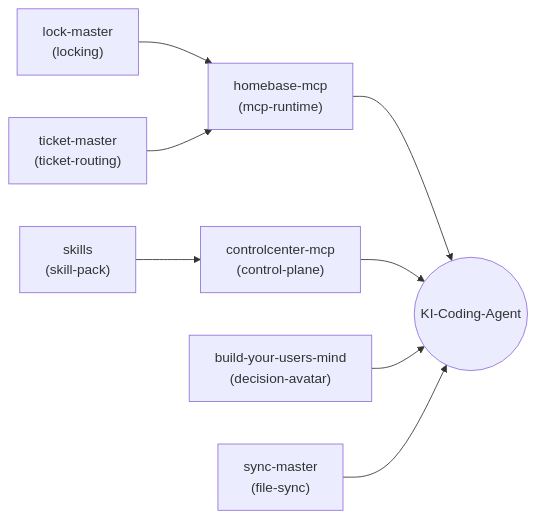
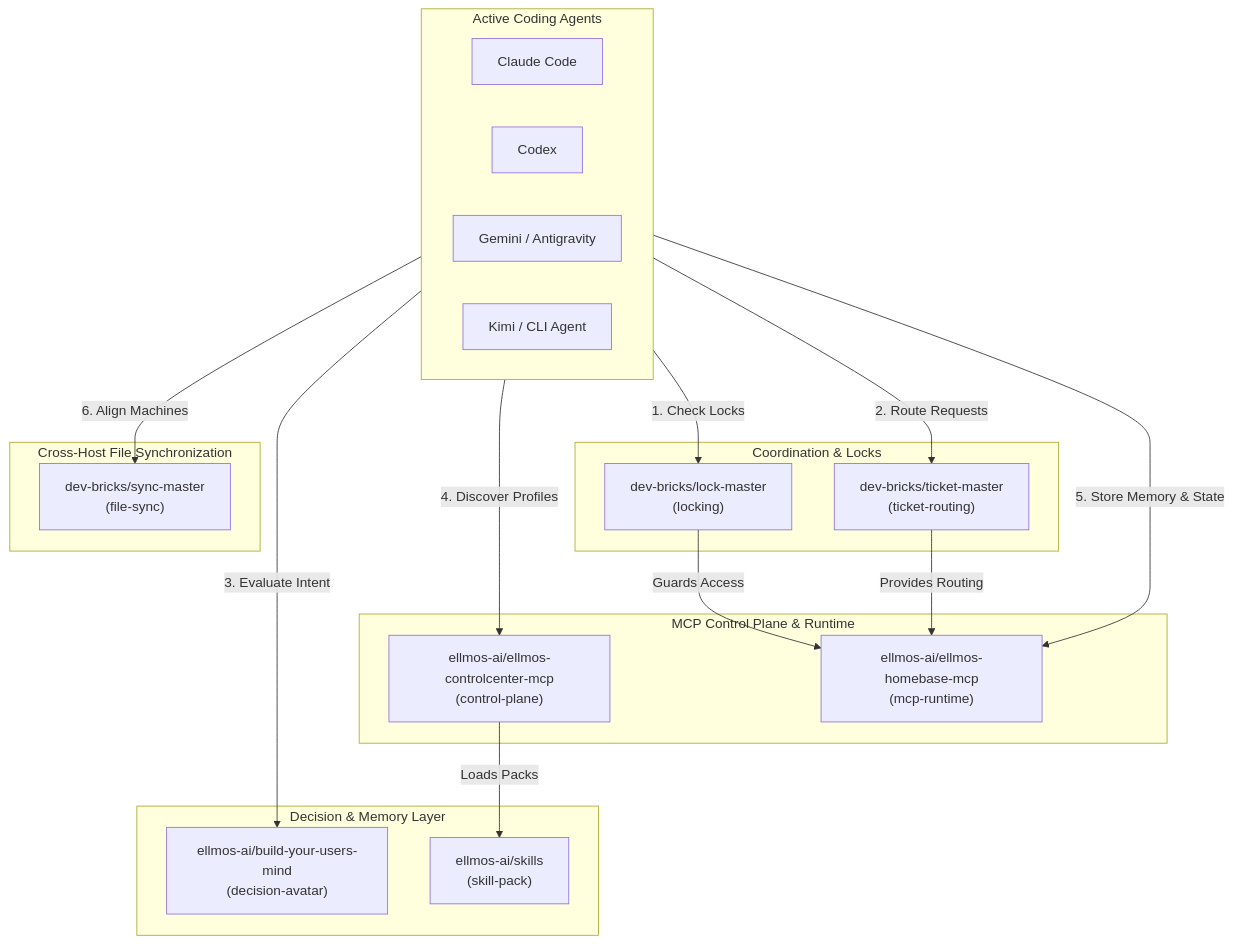
Before and after one commit to ellmos-ai/agent-ops-stack: the first of 2 diagrams in README_de.md, drawn with Mermaid. The commit also changed other lines of this file and 9 other files, not shown here.

Commit message:
feat(marketing): Pfad B discoverability, 14-pt nav, dual mermaid, metadata tests & CI v1.3.0 [G 2026-09-08]

````diff
--- a/README_de.md
+++ b/README_de.md
@@ -70,10 +128,38 @@
 ```mermaid
-flowchart LR
-  SKILLS["skills\n(skill-pack)"] --> CC["controlcenter-mcp\n(control-plane)"]
-  LOCK["lock-master\n(locking)"] --> HB["homebase-mcp\n(mcp-runtime)"]
-  TICKET["ticket-master\n(ticket-routing)"] --> HB
-  HB --> AGENT(("KI-Coding-Agent"))
-  CC --> AGENT
-  BYUM["build-your-users-mind\n(decision-avatar)"] --> AGENT
-  SYNC["sync-master\n(file-sync)"] --> AGENT
+flowchart TD
+  subgraph AGENTS ["Active Coding Agents"]
+    A1["Claude Code"]
+    A2["Codex"]
+    A3["Gemini / Antigravity"]
+    A4["Kimi / CLI Agent"]
+  end
+
+  subgraph COORDINATION ["Coordination & Locks"]
+    TM["dev-bricks/ticket-master\n(ticket-routing)"]
+    LM["dev-bricks/lock-master\n(locking)"]
+  end
+
+  subgraph DECISION ["Decision & Memory Layer"]
+    BYUM["ellmos-ai/build-your-users-mind\n(decision-avatar)"]
+    SK["ellmos-ai/skills\n(skill-pack)"]
+  end
+
+  subgraph MCP ["MCP Control Plane & Runtime"]
+    CC["ellmos-ai/ellmos-controlcenter-mcp\n(control-plane)"]
+    HB["ellmos-ai/ellmos-homebase-mcp\n(mcp-runtime)"]
+  end
+
+  subgraph SYNC ["Cross-Host File Synchronization"]
+    SM["dev-bricks/sync-master\n(file-sync)"]
+  end
+
+  AGENTS -->|1. Check Locks| LM
+  AGENTS -->|2. Route Requests| TM
+  AGENTS -->|3. Evaluate Intent| BYUM
+  AGENTS -->|4. Discover Profiles| CC
+  CC -->|Loads Packs| SK
+  AGENTS -->|5. Store Memory & State| HB
+  LM -->|Guards Access| HB
+  TM -->|Provides Routing| HB
+  AGENTS -->|6. Align Machines| SM
 ```
````
